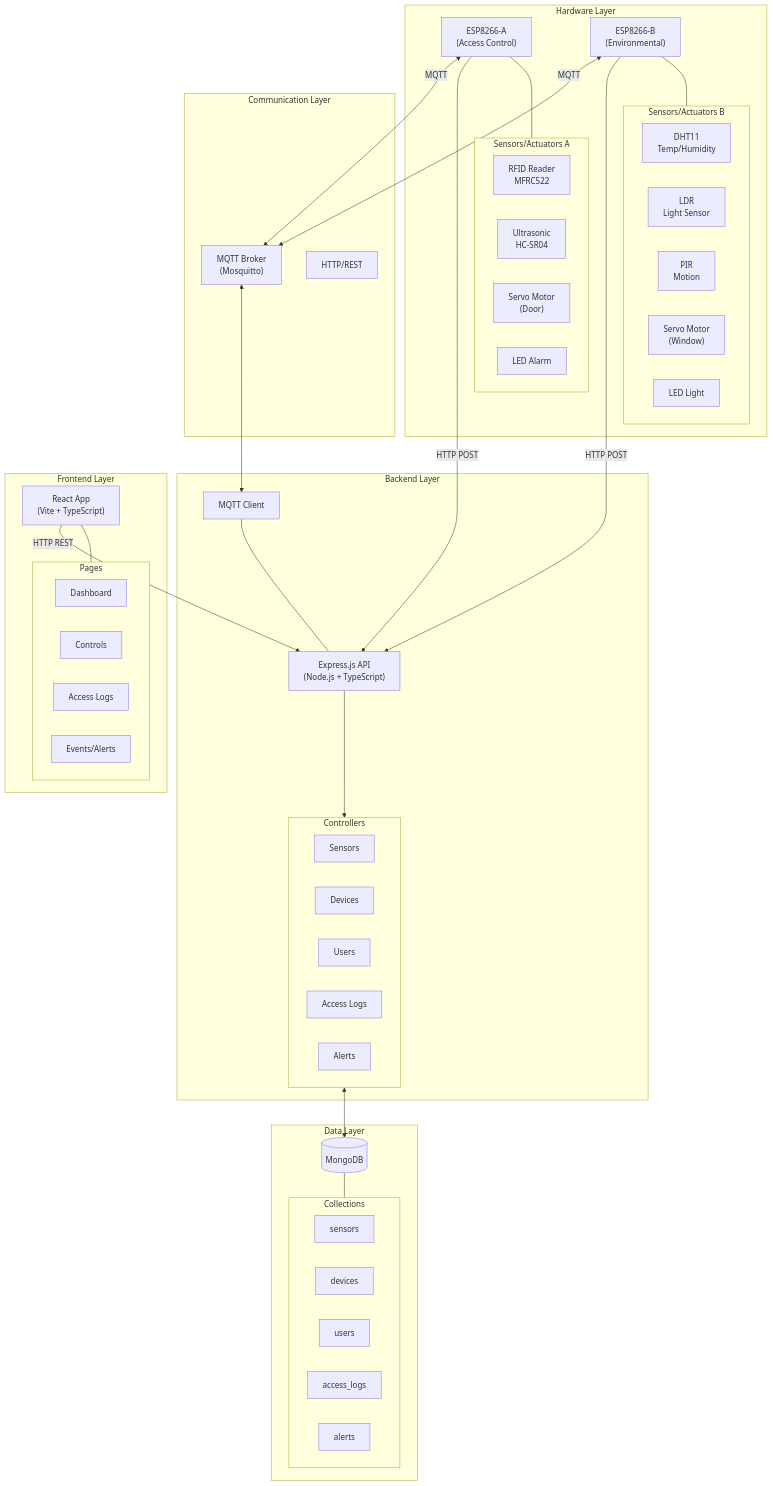
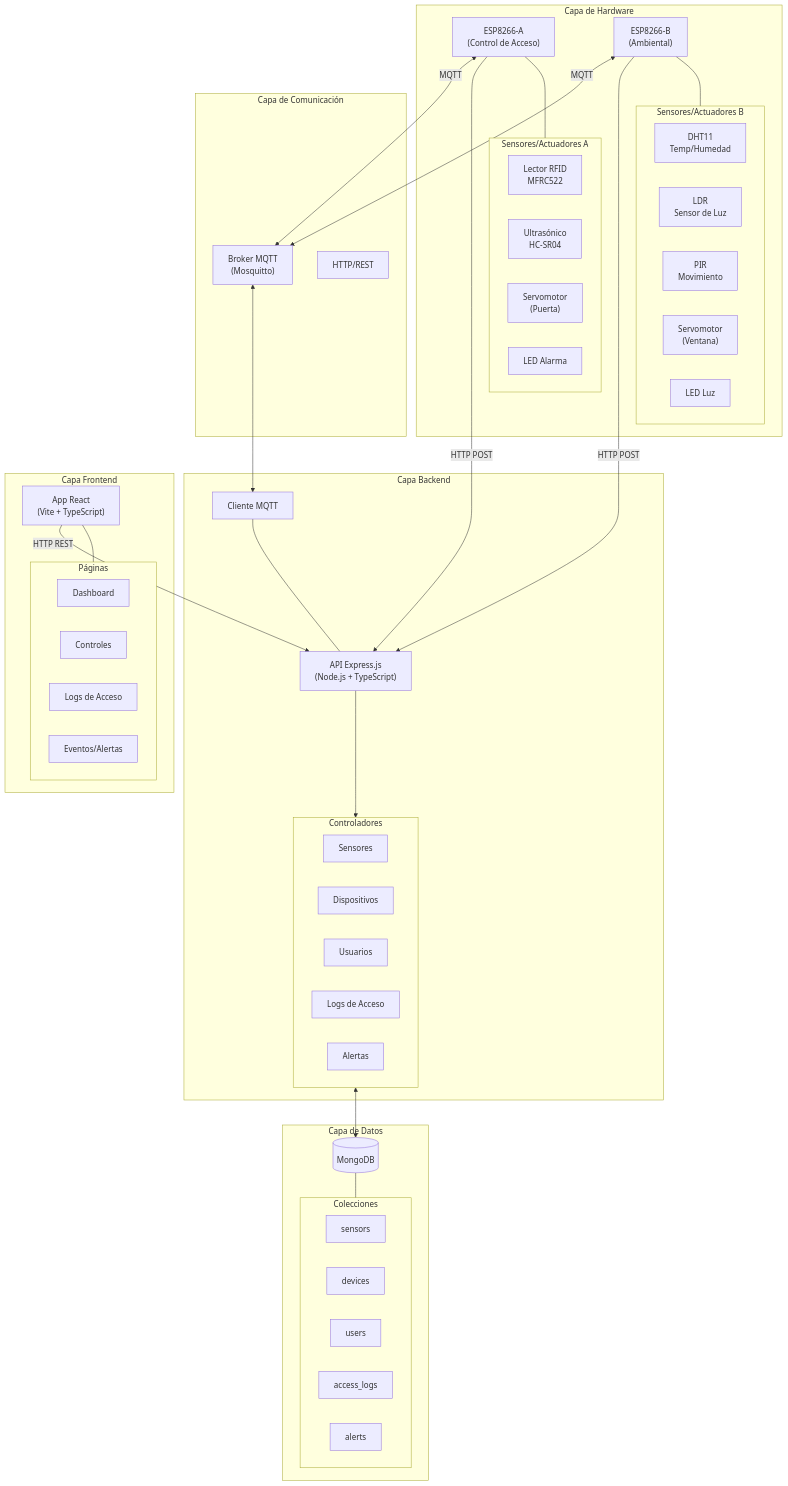
The first of 4 diagrams in docs/ARCHITECTURE.md (GerardoMejia1107/SmartRoom), drawn with Mermaid before and after one commit. The commit also changed other lines of this file and 6 other files, not shown here.

````diff
--- a/docs/ARCHITECTURE.md
+++ b/docs/ARCHITECTURE.md
@@ -11,81 +11,81 @@
 ```mermaid
 flowchart TB
-    subgraph Hardware["Hardware Layer"]
-        ESP_A["ESP8266-A<br/>(Access Control)"]
-        ESP_B["ESP8266-B<br/>(Environmental)"]
+    subgraph Hardware["Capa de Hardware"]
+        ESP_A["ESP8266-A<br/>(Control de Acceso)"]
+        ESP_B["ESP8266-B<br/>(Ambiental)"]
         
-        subgraph Sensors_A["Sensors/Actuators A"]
-            RFID["RFID Reader<br/>MFRC522"]
-            US["Ultrasonic<br/>HC-SR04"]
-            SERVO_D["Servo Motor<br/>(Door)"]
-            LED_A["LED Alarm"]
+        subgraph Sensors_A["Sensores/Actuadores A"]
+            RFID["Lector RFID<br/>MFRC522"]
+            US["Ultrasónico<br/>HC-SR04"]
+            SERVO_D["Servomotor<br/>(Puerta)"]
+            LED_A["LED Alarma"]
         end
         
-        subgraph Sensors_B["Sensors/Actuators B"]
-            DHT["DHT11<br/>Temp/Humidity"]
-            LDR["LDR<br/>Light Sensor"]
-            PIR["PIR<br/>Motion"]
-            SERVO_W["Servo Motor<br/>(Window)"]
-            LED_L["LED Light"]
+        subgraph Sensors_B["Sensores/Actuadores B"]
+            DHT["DHT11<br/>Temp/Humedad"]
+            LDR["LDR<br/>Sensor de Luz"]
+            PIR["PIR<br/>Movimiento"]
+            SERVO_W["Servomotor<br/>(Ventana)"]
+            LED_L["LED Luz"]
         end
         
         ESP_A --- Sensors_A
         ESP_B --- Sensors_B
     end
     
-    subgraph Communication["Communication Layer"]
-        MQTT["MQTT Broker<br/>(Mosquitto)"]
+    subgraph Communication["Capa de Comunicación"]
+        MQTT["Broker MQTT<br/>(Mosquitto)"]
         HTTP["HTTP/REST"]
     end
     
-    subgraph Backend["Backend Layer"]
-        API["Express.js API<br/>(Node.js + TypeScript)"]
-        MQTT_C["MQTT Client"]
+    subgraph Backend["Capa Backend"]
+        API["API Express.js<br/>(Node.js + TypeScript)"]
+        MQTT_C["Cliente MQTT"]
         
-        subgraph Controllers["Controllers"]
-            SC["Sensors"]
-            DC["Devices"]
-            UC["Users"]
-            LC["Access Logs"]
-            AC["Alerts"]
+        subgraph Controllers["Controladores"]
+            SC["Sensores"]
+            DC["Dispositivos"]
+            UC["Usuarios"]
+            LC["Logs de Acceso"]
+            AC["Alertas"]
         end
     end
     
-    subgraph Database["Data Layer"]
+    subgraph Database["Capa de Datos"]
         MongoDB[("MongoDB")]
         
-        subgraph Collections["Collections"]
+        subgraph Collections["Colecciones"]
             sensors["sensors"]
             devices["devices"]
             users["users"]
             logs["access_logs"]
             alerts["alerts"]
         end
     end
     
-    subgraph Frontend["Frontend Layer"]
-        React["React App<br/>(Vite + TypeScript)"]
+    subgraph Frontend["Capa Frontend"]
+        React["App React<br/>(Vite + TypeScript)"]
         
-        subgraph Pages["Pages"]
+        subgraph Pages["Páginas"]
             Dashboard["Dashboard"]
-            Controls["Controls"]
-            Access["Access Logs"]
-            Events["Events/Alerts"]
+            Controls["Controles"]
+            Access["Logs de Acceso"]
+            Events["Eventos/Alertas"]
         end
     end
     
     ESP_A <-->|MQTT| MQTT
     ESP_B <-->|MQTT| MQTT
     ESP_A -->|HTTP POST| API
     ESP_B -->|HTTP POST| API
     
     MQTT <--> MQTT_C
     MQTT_C --- API
     
     API --> Controllers
     Controllers <--> MongoDB
     MongoDB --- Collections
     
     React -->|HTTP REST| API
     React --- Pages
 ```
````
